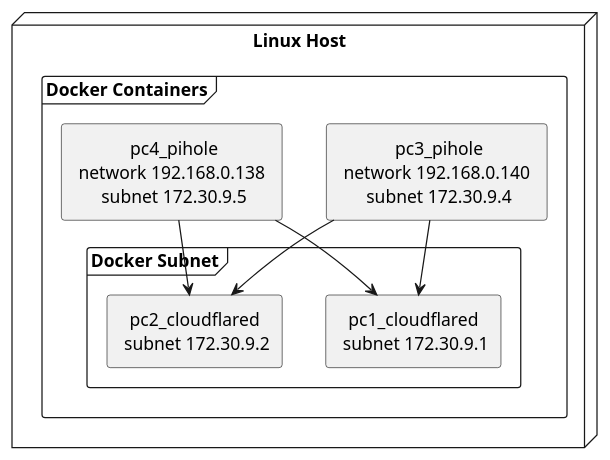
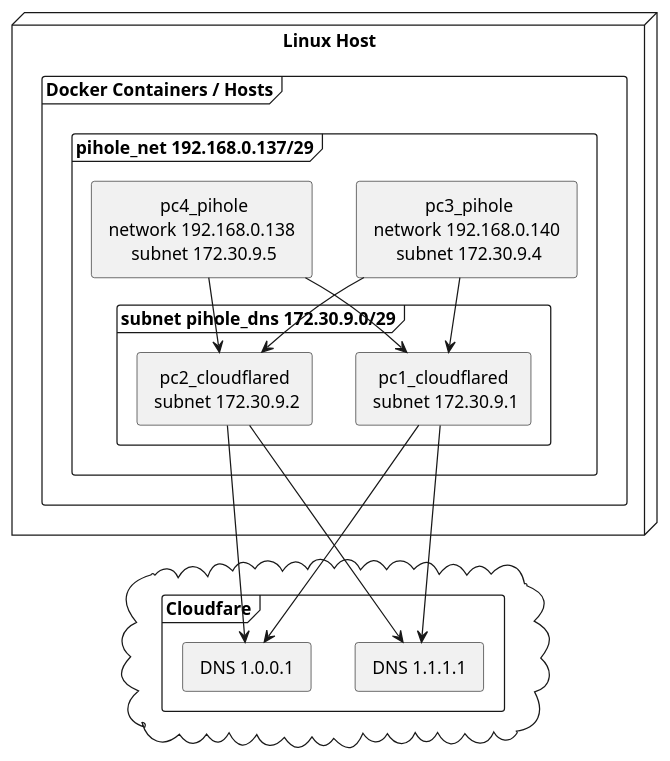
One commit to Eifel42/pihole-docker changed the diagram in stackLandscape.plantuml. Above: the diagram before and after it, drawn with PlantUML. The commit also changed 2 other files, not shown here.

```diff
--- a/stackLandscape.plantuml
+++ b/stackLandscape.plantuml
@@ -1,24 +1,36 @@
 @startuml
-
     skinparam componentStyle rectangle
     skinparam defaultTextAlignment center
+    
     node "Linux Host" {
-        frame "Docker Containers" {
-            component [ pc3_pihole\n network 192.168.0.140 \n subnet 172.30.9.4] as pc3
-            component [ pc4_pihole\n network 192.168.0.138 \n subnet 172.30.9.5] as pc4
+        frame "Docker Containers / Hosts" {
+
+            frame "pihole_net 192.168.0.137/29" {
+                component [ pc3_pihole\n network 192.168.0.140 \n subnet 172.30.9.4] as pc3
+                component [ pc4_pihole\n network 192.168.0.138 \n subnet 172.30.9.5] as pc4
             
-
-            frame "Docker Subnet" {
-                component [ pc1_cloudflared \n subnet 172.30.9.1]  as pc1
-                component [ pc2_cloudflared \n subnet 172.30.9.2] as pc2
-            }      
-
+                frame "subnet pihole_dns 172.30.9.0/29" {
+                   component [ pc1_cloudflared \n subnet 172.30.9.1] as pc1
+                   component [ pc2_cloudflared \n subnet 172.30.9.2] as pc2
+                }      
+            }
         }
     }
-   
+    
+    cloud {
+        frame "Cloudfare" {
+            component [ DNS 1.1.1.1 ] as dns1
+            component [ DNS 1.0.0.1 ] as dns2
+        }
+    }
+
     pc3 --> pc1
+    pc3 --> pc2
     pc4 --> pc1
-    pc3 --> pc2
     pc4 --> pc2
 
+    pc1 -> dns1
+    pc1 -> dns2
+    pc2 --> dns1
+    pc2 --> dns2
 @enduml
```
